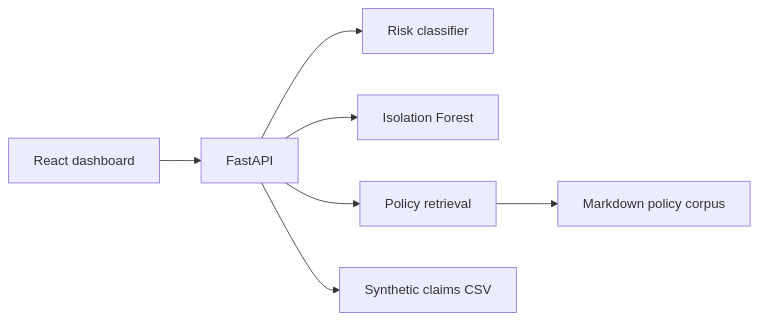
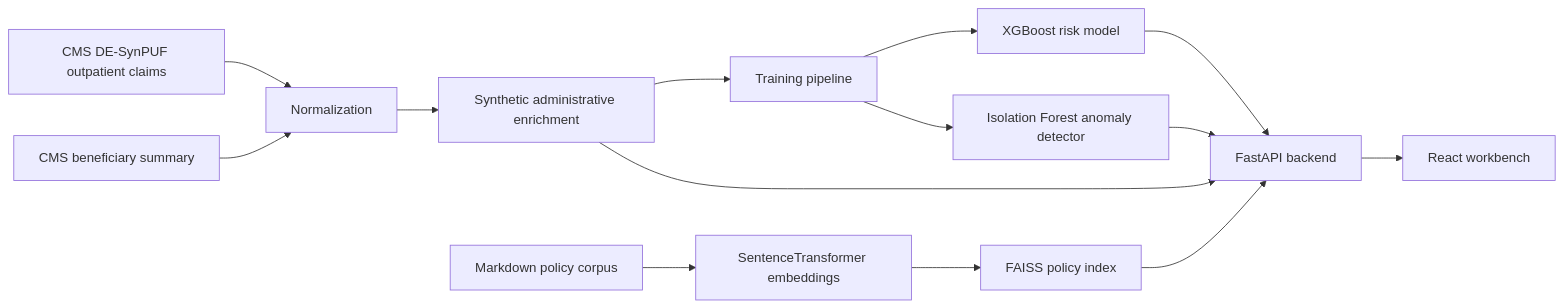
One commit to shuban2204/HealthOps-ClaimGuard-AI changed the diagram in docs/architecture.md. Above: the diagram before and after it, drawn with Mermaid. The commit also changed other lines of this file and 6 other files, not shown here.

````diff
--- a/docs/architecture.md
+++ b/docs/architecture.md
@@ -5,9 +5,16 @@
 ```mermaid
 flowchart LR
-  A[React dashboard] --> B[FastAPI]
-  B --> C[Risk classifier]
-  B --> D[Isolation Forest]
-  B --> E[Policy retrieval]
-  E --> F[Markdown policy corpus]
-  B --> G[Synthetic claims CSV]
+  A[CMS DE-SynPUF outpatient claims] --> B[Normalization]
+  C[CMS beneficiary summary] --> B
+  B --> D[Synthetic administrative enrichment]
+  D --> E[Training pipeline]
+  E --> F[XGBoost risk model]
+  E --> G[Isolation Forest anomaly detector]
+  H[Markdown policy corpus] --> I[SentenceTransformer embeddings]
+  I --> J[FAISS policy index]
+  K[FastAPI backend] --> L[React workbench]
+  F --> K
+  G --> K
+  J --> K
+  D --> K
 ```
````
